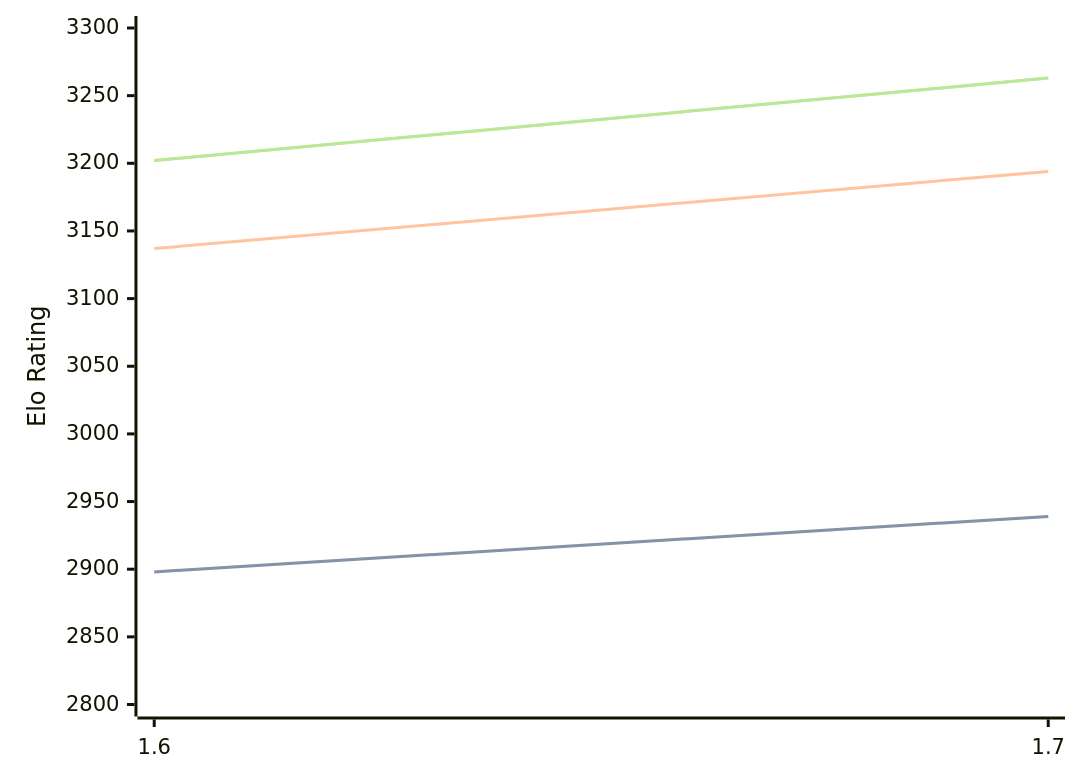
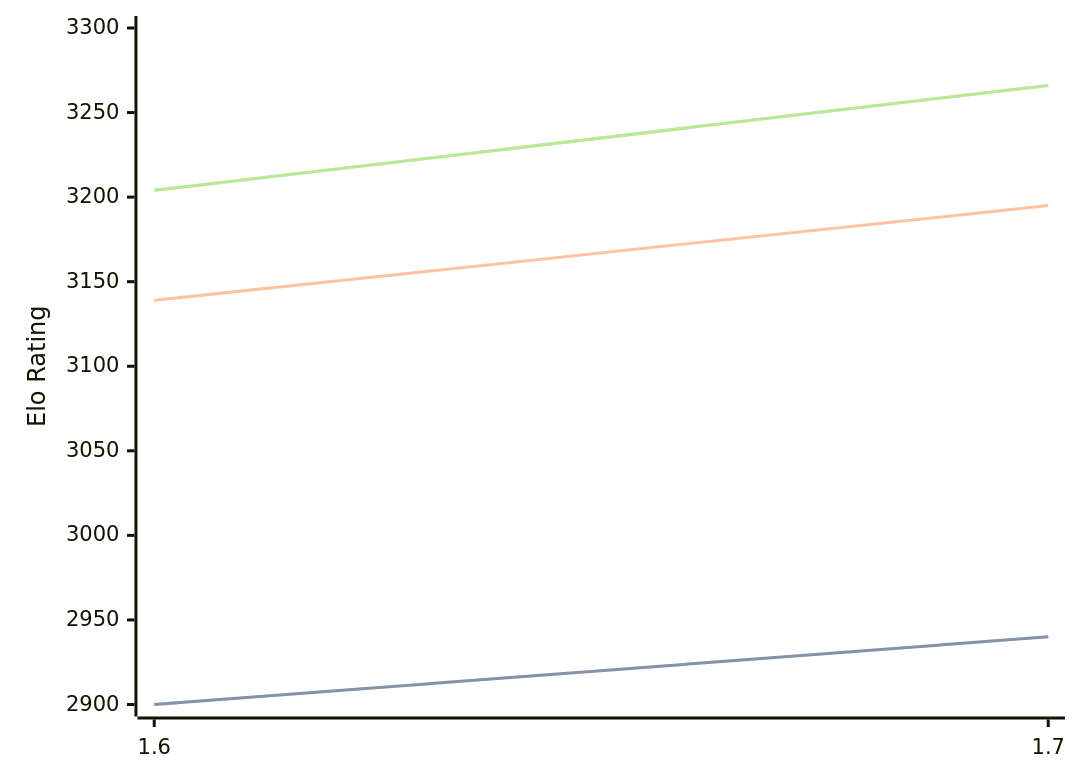
One commit to computer-chess-index/cci changed the diagram in engines/Bitbit.md. Above: the diagram before and after it, drawn with Mermaid. The commit also changed other lines of this file, not shown here.

Commit message:
Update CCI Ratings (ELO VLTC) - 2026-08-22

````diff
--- a/engines/Bitbit.md
+++ b/engines/Bitbit.md
@@ -32,11 +32,11 @@
 ```mermaid
 %%{init: {"theme":"base","themeVariables":{"seriesColors:['#a3a3a3','#222221','#faa371']}}}%%
 xychart-beta
   x-axis ["1.6", "1.7"]
-  y-axis "Elo Rating" 2800 --> 3300
-  line "STC (8.0+0.08s)" [2898, 2939]
-  line "STC (8.0+0.08s)" [2898, 2939]
-  line "LTC (60.0+0.60s)" [3137, 3194]
-  line "VLTC (2m24s+1.12s)" [3202, 3263]
-  line "VLTC (2m24s+1.12s)" [3202, 3263]
+  y-axis "Elo Rating" 2900 --> 3300
+  line "STC (8.0+0.08s)" [2900, 2940]
+  line "STC (8.0+0.08s)" [2900, 2940]
+  line "LTC (60.0+0.60s)" [3139, 3195]
+  line "VLTC (2m24s+1.12s)" [3204, 3266]
+  line "VLTC (2m24s+1.12s)" [3204, 3266]
 ```
````
